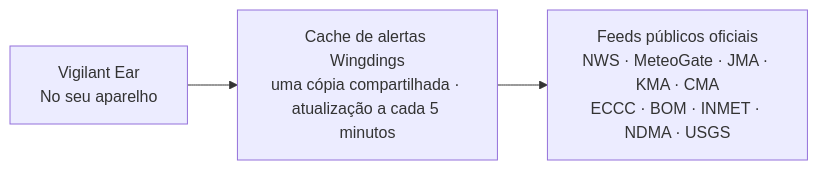
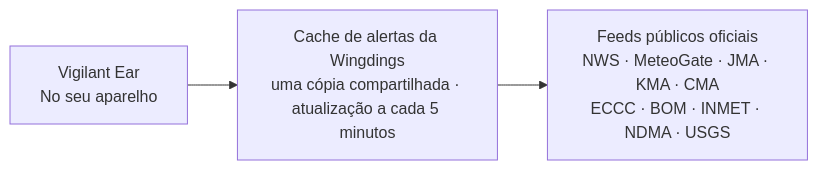
One commit to rpalm01-star/VigilantEarLegal changed the fourth of 4 diagrams in README_pt-BR.md. Above: the diagram before and after it, drawn with Mermaid. The commit also changed other lines of this file and 29 other files, not shown here.

````diff
--- a/README_pt-BR.md
+++ b/README_pt-BR.md
@@ -162,5 +171,5 @@
 ```mermaid
 graph LR
-    P1["Vigilant Ear<br/>No seu aparelho"] --> W["Cache de alertas Wingdings<br/>uma cópia compartilhada · atualização a cada 5 minutos"]
+    P1["Vigilant Ear<br/>No seu aparelho"] --> W["Cache de alertas da Wingdings<br/>uma cópia compartilhada · atualização a cada 5 minutos"]
     W --> N["Feeds públicos oficiais<br/>NWS · MeteoGate · JMA · KMA · CMA<br/>ECCC · BOM · INMET · NDMA · USGS"]
 ```
````
